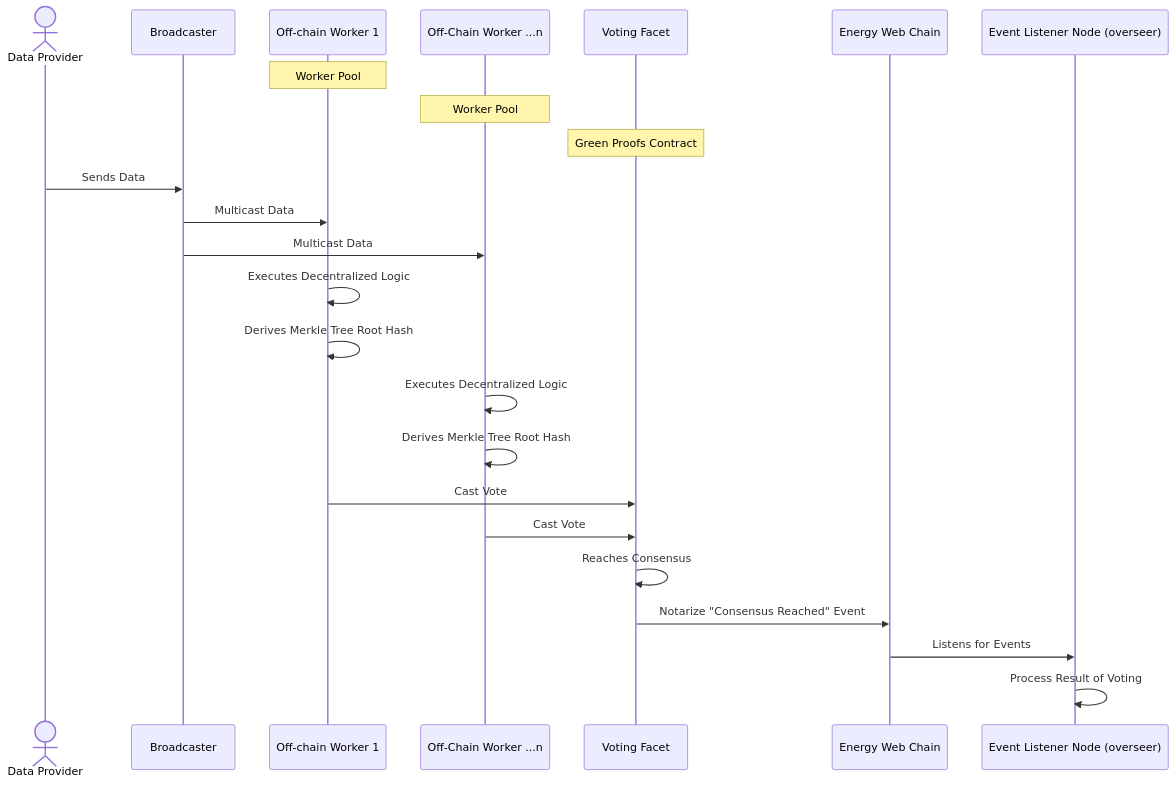
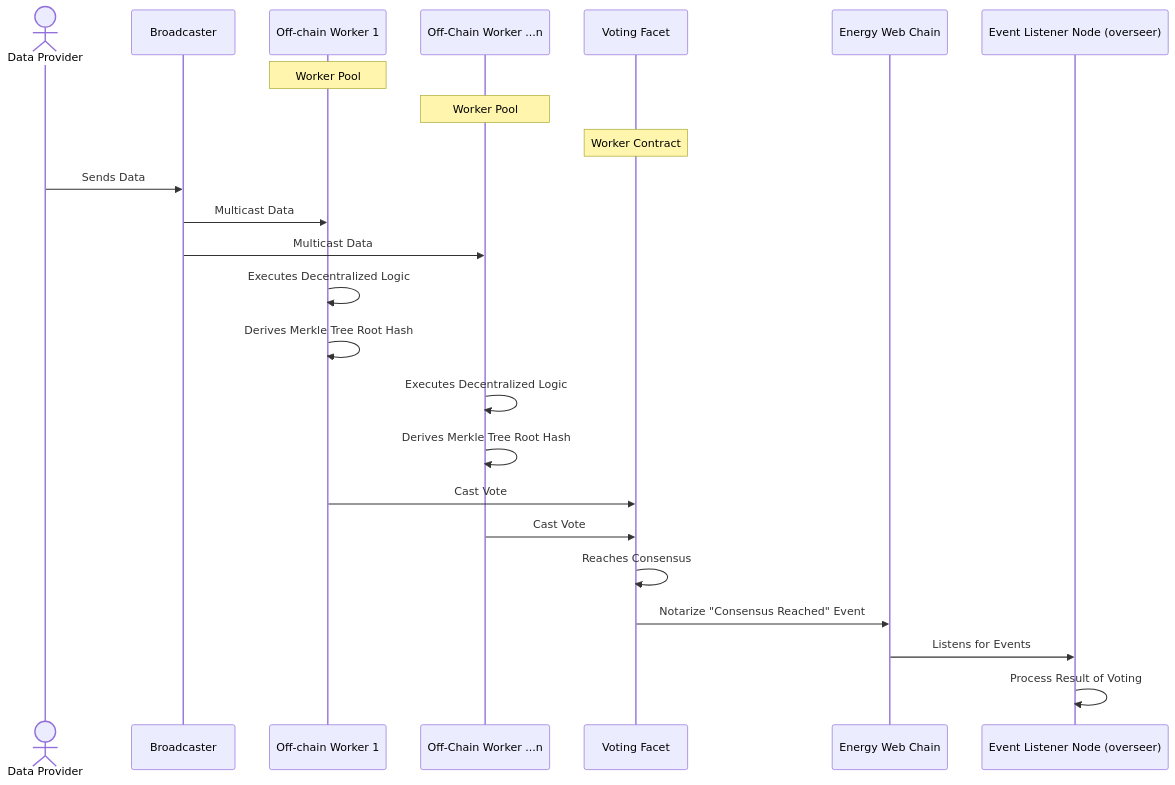
The first of 2 diagrams in README.md (energywebfoundation/worker-contract), drawn with Mermaid before and after one commit. The commit also changed other lines of this file and 77 other files, not shown here.

````diff
--- a/README.md
+++ b/README.md
@@ -30,31 +30,31 @@
 ```mermaid
 sequenceDiagram
 
 actor A as Data Provider
 participant B as Broadcaster
 participant C as Off-chain Worker 1
 note over C: Worker Pool
 participant D as Off-Chain Worker ...n
 note over D: Worker Pool
 
 Participant E as Voting Facet
-note over E: Green Proofs Contract
+note over E: Worker Contract
 Participant F as Energy Web Chain
 Participant H as Event Listener Node (overseer)
 
 A->>B: Sends Data
 B->>C: Multicast Data
 B->>D: Multicast Data
 
 C->>C: Executes Decentralized Logic
 C->>C: Derives Merkle Tree Root Hash
 D->>D: Executes Decentralized Logic
 D->>D: Derives Merkle Tree Root Hash
 
 C->>E: Cast Vote
 D->>E: Cast Vote
 E->>E: Reaches Consensus
 E->>F: Notarize "Consensus Reached" Event
 F->>H: Listens for Events
 H->>H: Process Result of Voting
 ```
````
